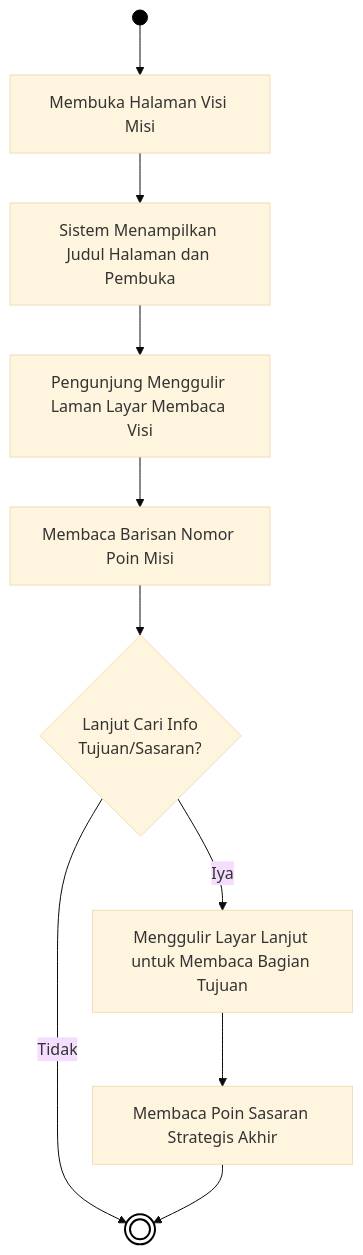
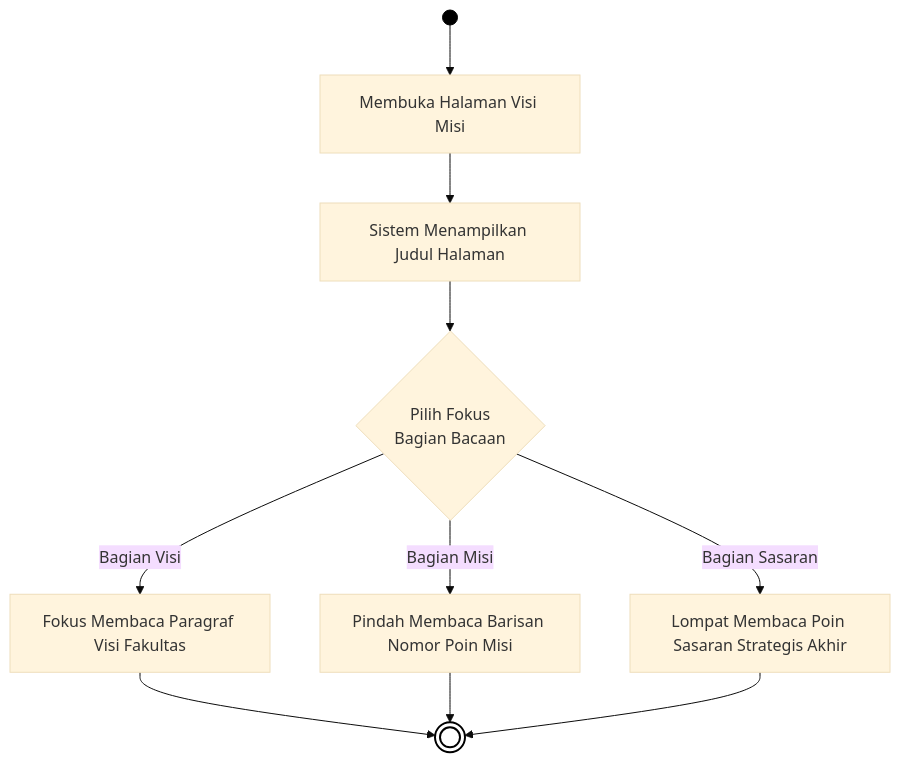
One commit to arbain-dev/Web_fikom changed the second of 12 diagrams in docs/01B_DIAGRAM_AKTIVITAS_PUBLIK.md. Above: the diagram before and after it, drawn with Mermaid (base theme). The commit also changed other lines of this file, not shown here.

Commit message:
docs: merombak seluruh orientasi diagram aktivitas menjadi horizontal (LR) serta fan-out agar mengular ke samping alih-alih memanjang tajam ke bawah

````diff
--- a/docs/01B_DIAGRAM_AKTIVITAS_PUBLIK.md
+++ b/docs/01B_DIAGRAM_AKTIVITAS_PUBLIK.md
@@ -60,18 +43,17 @@
 ```mermaid
 flowchart TD
     Start(( )) --> A[Membuka Halaman Visi Misi]
+    A --> B[Sistem Menampilkan Judul Halaman]
+    B --> C{Pilih Fokus\nBagian Bacaan}
     
-    A --> B[Sistem Menampilkan Judul Halaman dan Pembuka]
-    B --> C[Pengunjung Menggulir Laman Layar Membaca Visi]
-    C --> D[Membaca Barisan Nomor Poin Misi]
+    C -- Bagian Visi --> D1[Fokus Membaca Paragraf Visi Fakultas]
+    C -- Bagian Misi --> D2[Pindah Membaca Barisan Nomor Poin Misi]
+    C -- Bagian Sasaran --> D3[Lompat Membaca Poin Sasaran Strategis Akhir]
     
-    D --> E{Lanjut Cari Info\nTujuan/Sasaran?}
-    E -- Tidak --> End((( )))
-    
-    E -- Iya --> F[Menggulir Layar Lanjut untuk Membaca Bagian Tujuan]
-    F --> G[Membaca Poin Sasaran Strategis Akhir]
-    G --> End
+    D1 --> End((( )))
+    D2 --> End
+    D3 --> End
     
     style Start fill:#000,stroke:#000,color:#000
     style End fill:#fff,stroke:#000,stroke-width:2px
 ```
````
